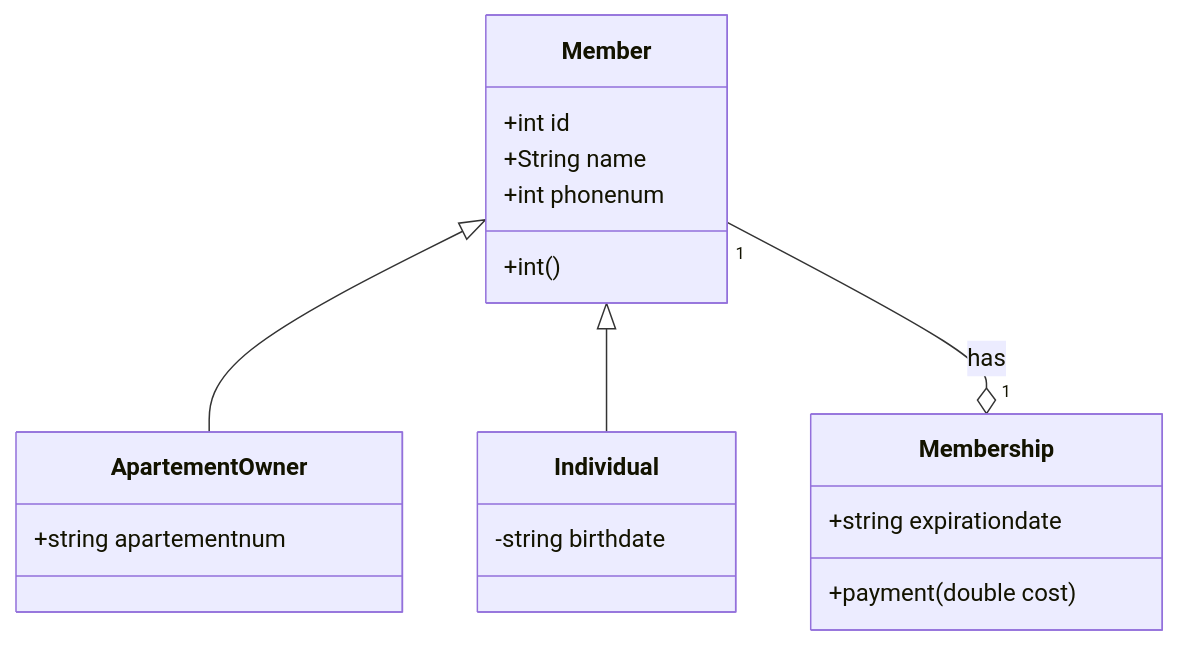
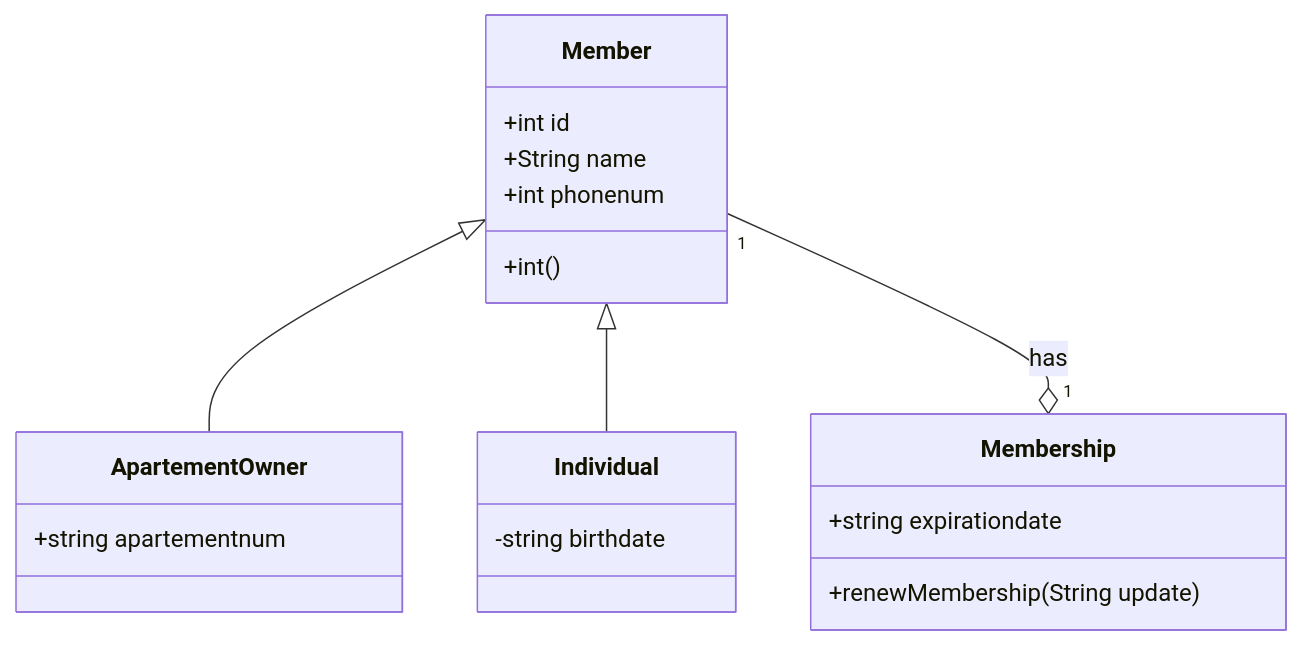
The first of 3 diagrams in README.md (deana00/MemberAccountApp), drawn with Mermaid before and after one commit. The commit also changed other lines of this file, not shown here.

````diff
--- a/README.md
+++ b/README.md
@@ -3,21 +3,21 @@
 ```mermaid
 classDiagram
     Member <|-- ApartementOwner
     Member <|-- Individual
     Member "1"--o"1" Membership : has
     Member : +int id
     Member : +String name
     Member : +int phonenum
     Member : +int()
     class ApartementOwner{
       +string apartementnum
     }
     class Individual{
       -string birthdate
     }
     class Membership{
       +string expirationdate
-      +payment(double cost)
+      +renewMembership(String update)
     }
             
 ```
````
